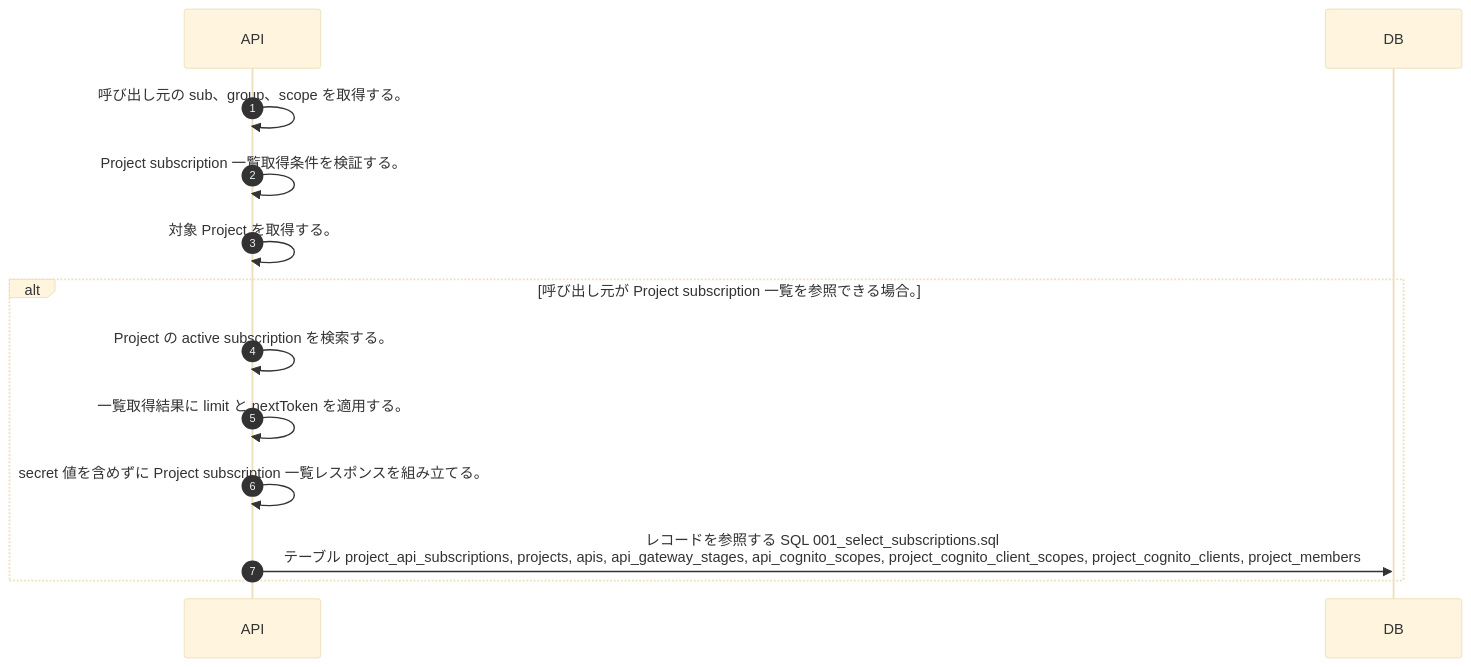
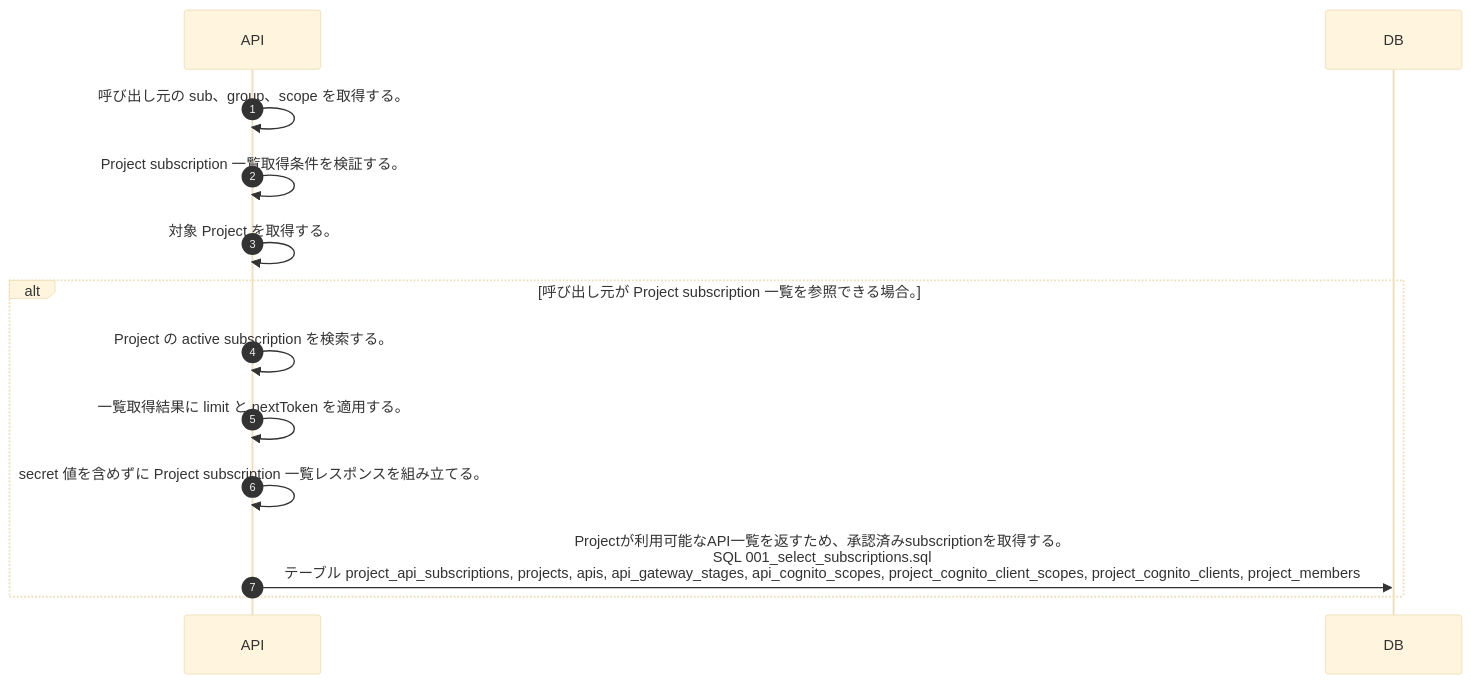
The diagram in docs/spec/40.apis/projects/list_project_subscriptions/sequence_gen.md (tsuji-tomonori/lazunex), drawn with Mermaid (base theme) before and after one commit. The commit also changed 117 other files, not shown here.

Commit message:
📝 docs(api): SQL意図をシーケンスへ伝播

````diff
--- a/docs/spec/40.apis/projects/list_project_subscriptions/sequence_gen.md
+++ b/docs/spec/40.apis/projects/list_project_subscriptions/sequence_gen.md
@@ -5,15 +5,15 @@
 ```mermaid
 sequenceDiagram
   autonumber
   participant API as API
   participant DB as DB
   API->>API: 呼び出し元の sub、group、scope を取得する。
   API->>API: Project subscription 一覧取得条件を検証する。
   API->>API: 対象 Project を取得する。
   alt 呼び出し元が Project subscription 一覧を参照できる場合。
     API->>API: Project の active subscription を検索する。
     API->>API: 一覧取得結果に limit と nextToken を適用する。
     API->>API: secret 値を含めずに Project subscription 一覧レスポンスを組み立てる。
-    API->>DB: レコードを参照する SQL 001_select_subscriptions.sql<br/>テーブル project_api_subscriptions, projects, apis, api_gateway_stages, api_cognito_scopes, project_cognito_client_scopes, project_cognito_clients, project_members
+    API->>DB: Projectが利用可能なAPI一覧を返すため、承認済みsubscriptionを取得する。<br/>SQL 001_select_subscriptions.sql<br/>テーブル project_api_subscriptions, projects, apis, api_gateway_stages, api_cognito_scopes, project_cognito_client_scopes, project_cognito_clients, project_members
   end
 ```
````
